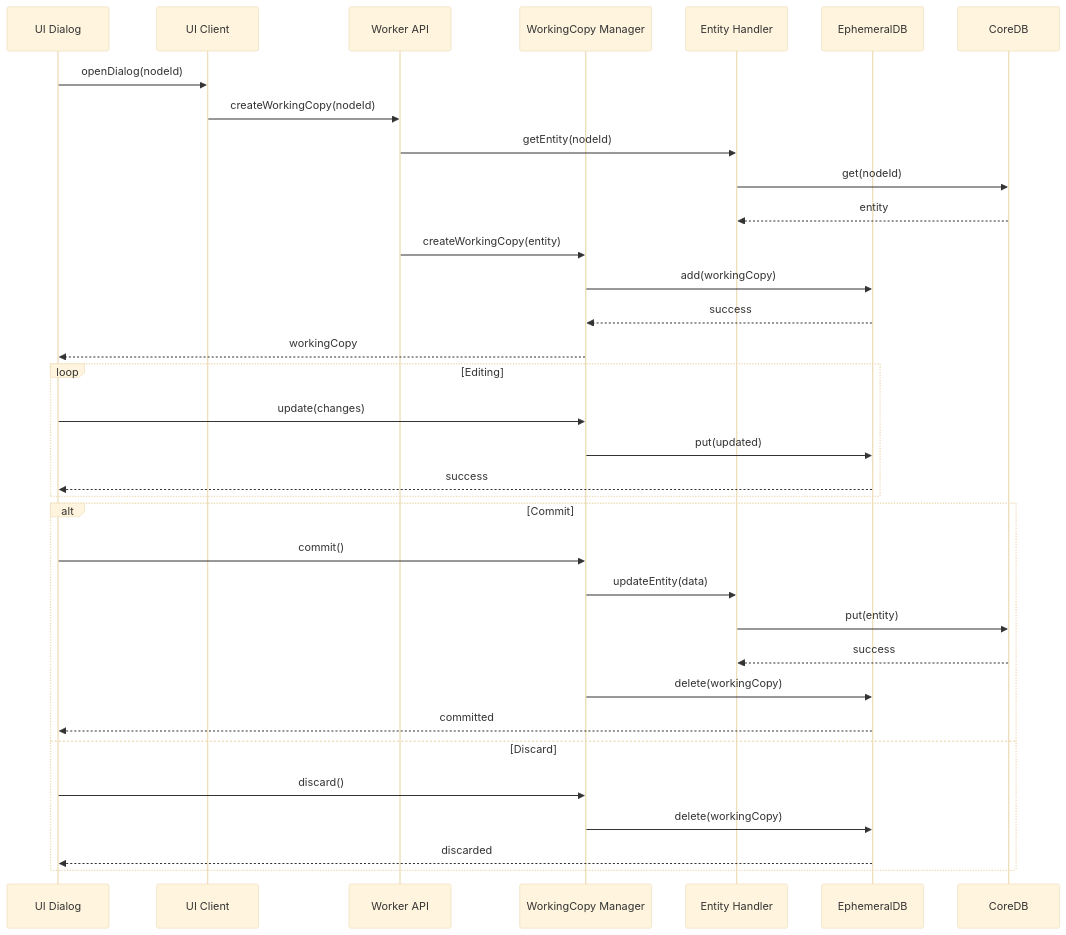
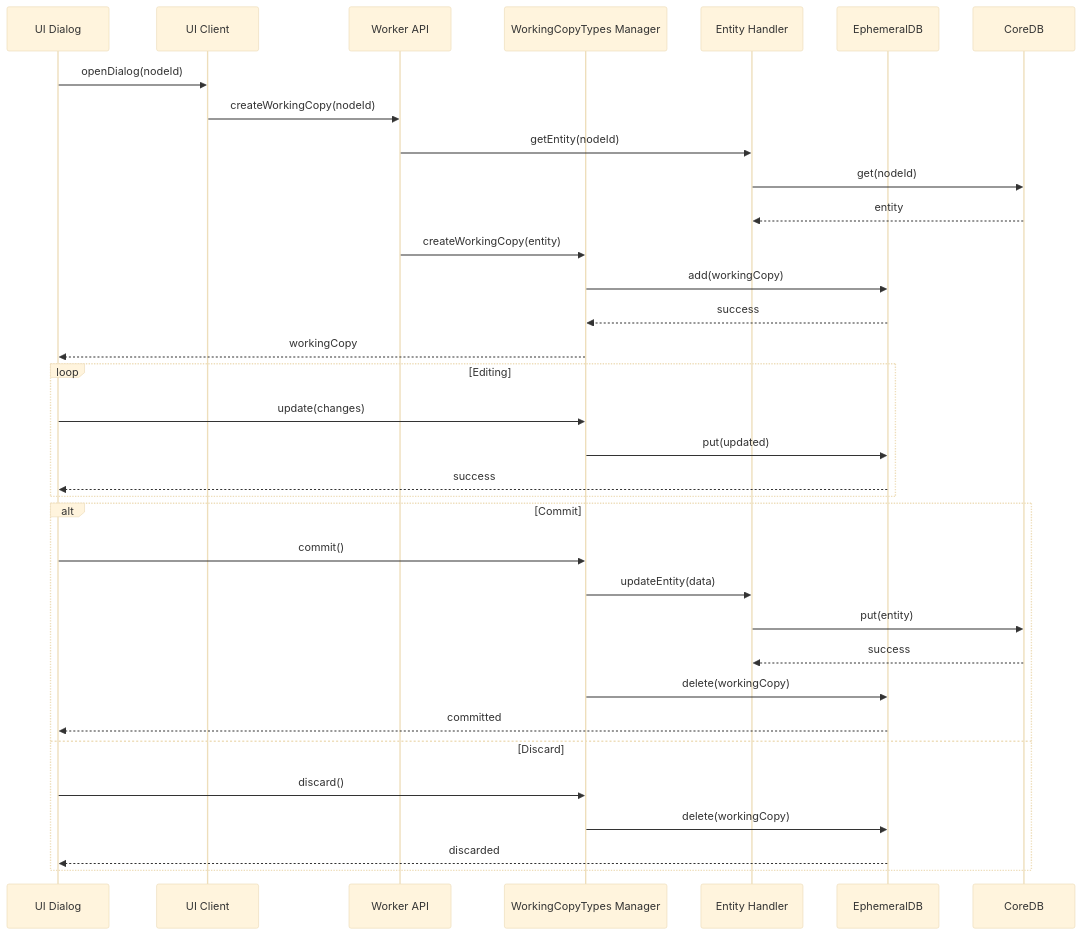
One commit to kubohiroya/hierarchidb changed the diagram in docs/deprecated/MANUAL/03-core-operations.md. Above: the diagram before and after it, drawn with Mermaid (base theme). The commit also changed 452 other files, not shown here.

````diff
--- a/docs/deprecated/MANUAL/03-core-operations.md
+++ b/docs/deprecated/MANUAL/03-core-operations.md
@@ -131,40 +131,40 @@
 ```mermaid
 sequenceDiagram
     participant UI as UI Dialog
     participant Client as UI Client
     participant Worker as Worker API
-    participant WCManager as WorkingCopy Manager
+    participant WCManager as WorkingCopyTypes Manager
     participant Handler as Entity Handler
     participant EphemeralDB as EphemeralDB
     participant CoreDB as CoreDB
     
     UI->>Client: openDialog(nodeId)
     Client->>Worker: createWorkingCopy(nodeId)
     Worker->>Handler: getEntity(nodeId)
     Handler->>CoreDB: get(nodeId)
     CoreDB-->>Handler: entity
     
     Worker->>WCManager: createWorkingCopy(entity)
     WCManager->>EphemeralDB: add(workingCopy)
     EphemeralDB-->>WCManager: success
     WCManager-->>UI: workingCopy
     
     loop Editing
         UI->>WCManager: update(changes)
         WCManager->>EphemeralDB: put(updated)
         EphemeralDB-->>UI: success
     end
     
     alt Commit
         UI->>WCManager: commit()
         WCManager->>Handler: updateEntity(data)
         Handler->>CoreDB: put(entity)
         CoreDB-->>Handler: success
         WCManager->>EphemeralDB: delete(workingCopy)
         EphemeralDB-->>UI: committed
     else Discard
         UI->>WCManager: discard()
         WCManager->>EphemeralDB: delete(workingCopy)
         EphemeralDB-->>UI: discarded
     end
 ```
````
